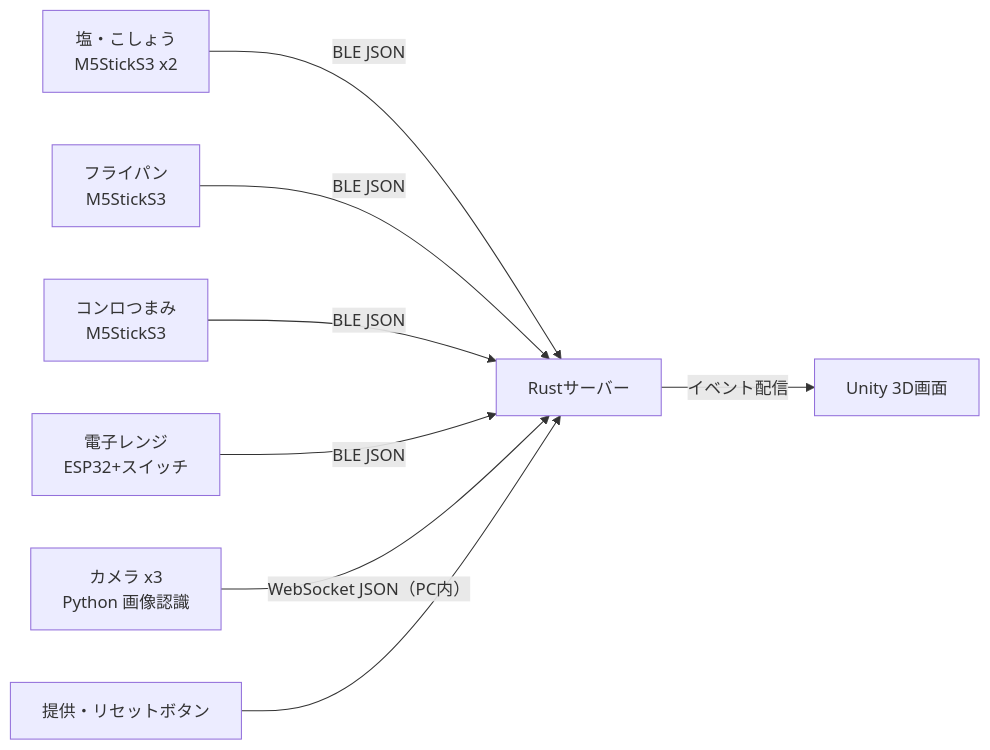
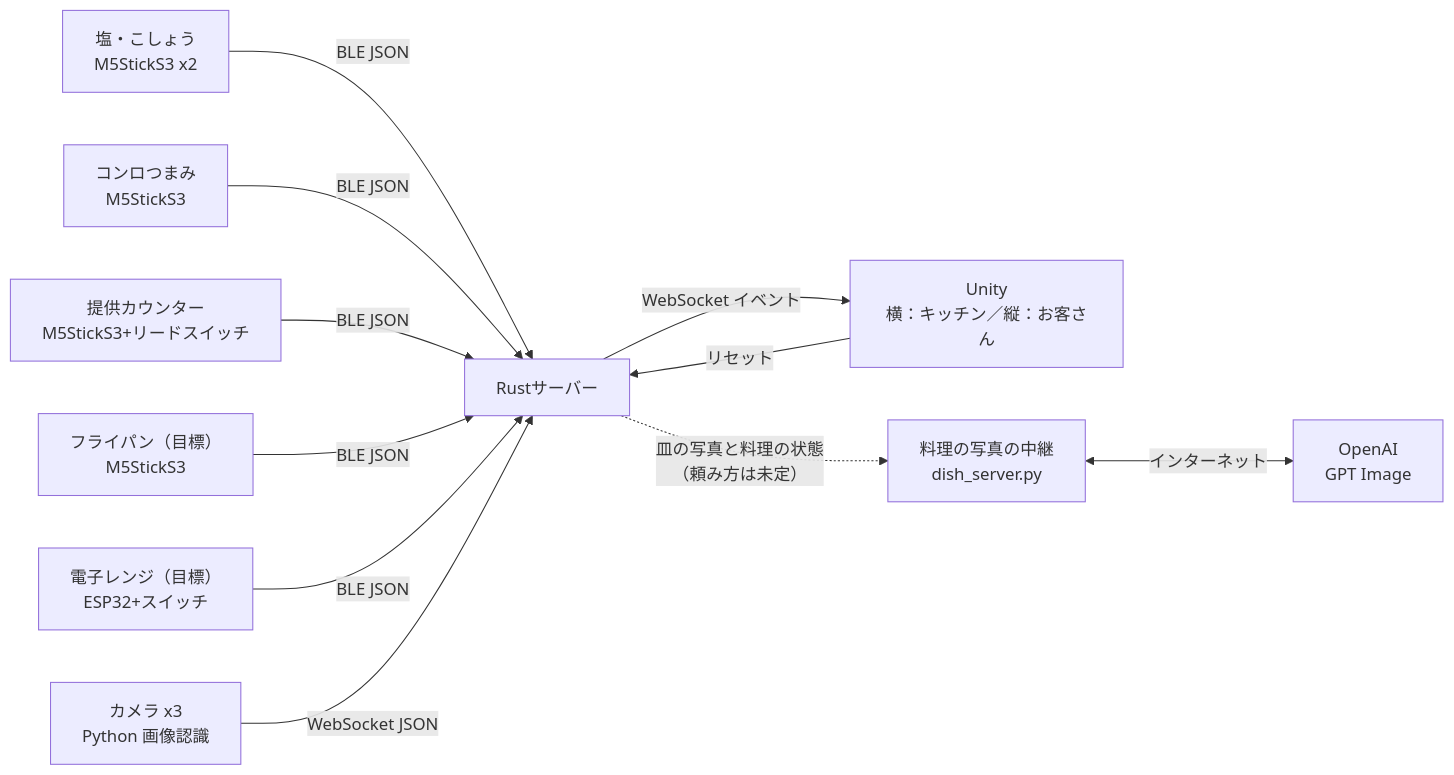
One commit to kokonao1111/HEW-omamagoto changed the first of 2 diagrams in docs/要件定義書_v1.md. Above: the diagram before and after it, drawn with Mermaid. The commit also changed other lines of this file and 1 other file, not shown here.

````diff
--- a/docs/要件定義書_v1.md
+++ b/docs/要件定義書_v1.md
@@ -64,10 +68,13 @@
 ```mermaid
 flowchart LR
   salt[塩・こしょう<br/>M5StickS3 x2] -->|BLE JSON| server[Rustサーバー]
-  pan[フライパン<br/>M5StickS3] -->|BLE JSON| server
   knob[コンロつまみ<br/>M5StickS3] -->|BLE JSON| server
-  range[電子レンジ<br/>ESP32+スイッチ] -->|BLE JSON| server
-  cam[カメラ x3<br/>Python 画像認識] -->|WebSocket JSON（PC内）| server
-  btn[提供・リセットボタン] --> server
-  server -->|イベント配信| unity[Unity 3D画面]
+  counter[提供カウンター<br/>M5StickS3+リードスイッチ] -->|BLE JSON| server
+  pan[フライパン（目標）<br/>M5StickS3] -->|BLE JSON| server
+  range[電子レンジ（目標）<br/>ESP32+スイッチ] -->|BLE JSON| server
+  cam[カメラ x3<br/>Python 画像認識] -->|WebSocket JSON| server
+  server -->|WebSocket イベント| unity[Unity<br/>横：キッチン／縦：お客さん]
+  unity -->|リセット| server
+  server -.->|皿の写真と料理の状態<br/>（頼み方は未定）| dish[料理の写真の中継<br/>dish_server.py]
+  dish <-->|インターネット| ai[OpenAI<br/>GPT Image]
 ```
````
